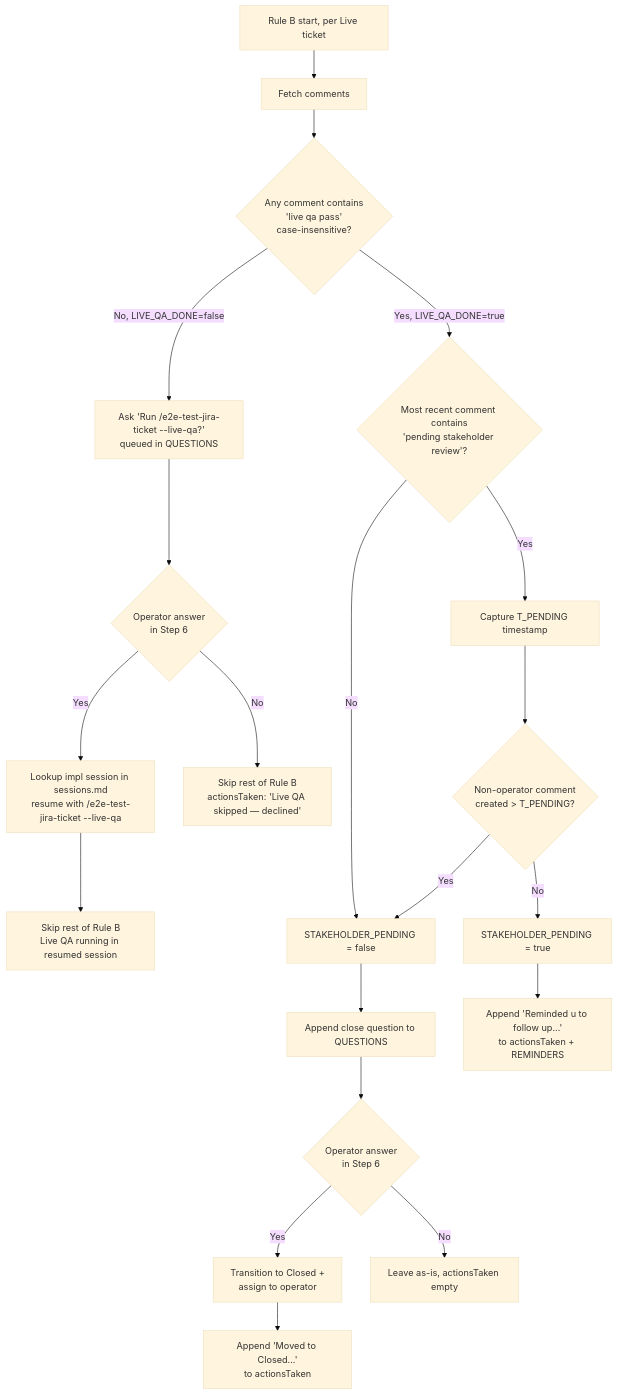
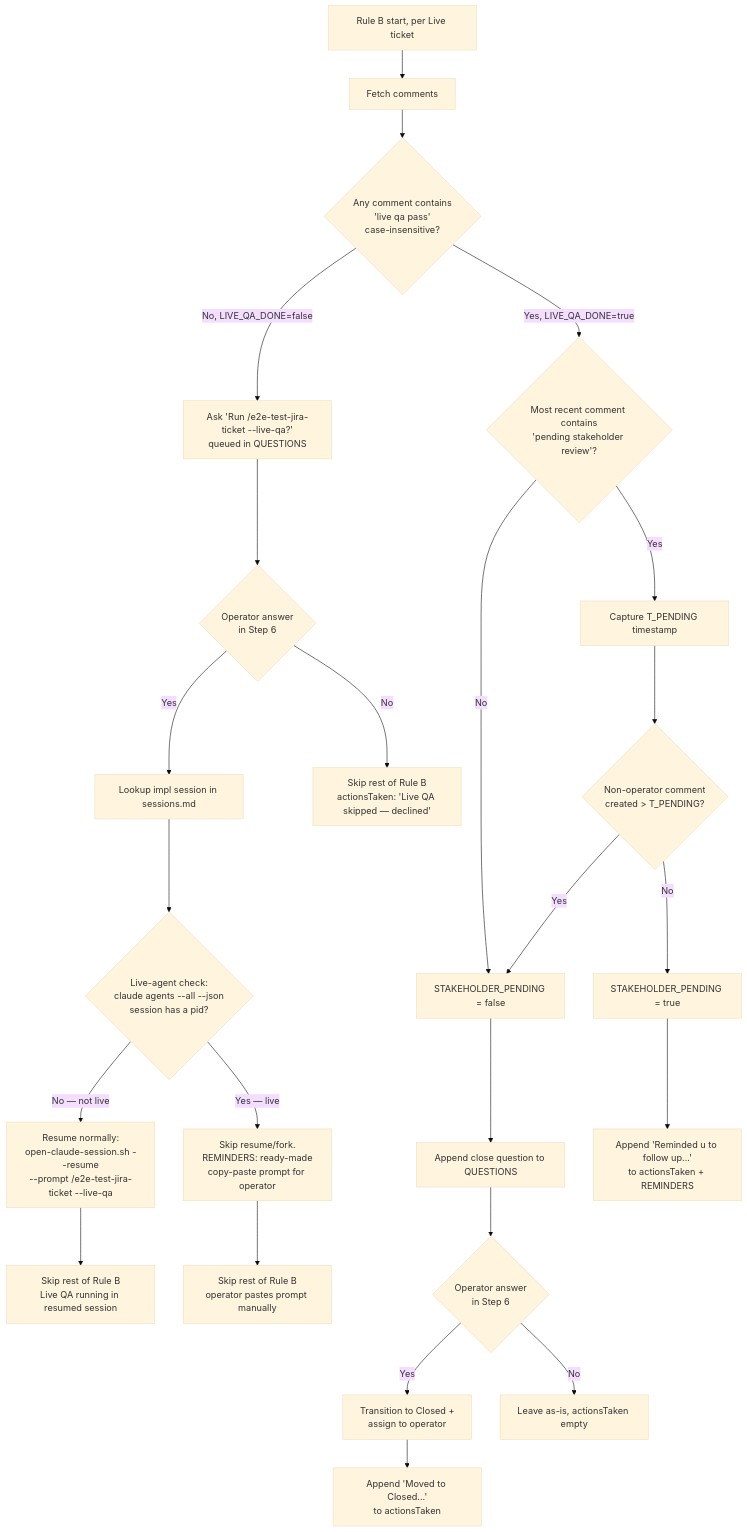
Before and after one commit to fabiano001/claude-config: the third of 7 diagrams in skills/jira-sprint-manager/SKILL.md, drawn with Mermaid (base theme). The commit also changed other lines of this file and 47 other files, not shown here.

````diff
--- a/skills/jira-sprint-manager/SKILL.md
+++ b/skills/jira-sprint-manager/SKILL.md
@@ -157,22 +213,26 @@
 ```mermaid
 flowchart TD
     A[Rule B start, per Live ticket] --> B[Fetch comments]
     B --> C{Any comment contains<br/>'live qa pass'<br/>case-insensitive?}
     C -->|No, LIVE_QA_DONE=false| D[Ask 'Run /e2e-test-jira-ticket --live-qa?'<br/>queued in QUESTIONS]
     D --> D1{Operator answer<br/>in Step 6}
-    D1 -->|Yes| D2[Lookup impl session in sessions.md<br/>resume with /e2e-test-jira-ticket --live-qa]
+    D1 -->|Yes| D2[Lookup impl session in sessions.md]
     D1 -->|No| D3[Skip rest of Rule B<br/>actionsTaken: 'Live QA skipped — declined']
-    D2 --> Z1[Skip rest of Rule B<br/>Live QA running in resumed session]
+    D2 --> D2a{Live-agent check:<br/>claude agents --all --json<br/>session has a pid?}
+    D2a -->|No — not live| D2b[Resume normally:<br/>open-claude-session.sh --resume<br/>--prompt /e2e-test-jira-ticket --live-qa]
+    D2a -->|Yes — live| D2c[Skip resume/fork.<br/>REMINDERS: ready-made<br/>copy-paste prompt for operator]
+    D2b --> Z1[Skip rest of Rule B<br/>Live QA running in resumed session]
+    D2c --> Z2[Skip rest of Rule B<br/>operator pastes prompt manually]
     C -->|Yes, LIVE_QA_DONE=true| E{Most recent comment contains<br/>'pending stakeholder review'?}
     E -->|No| K[STAKEHOLDER_PENDING = false]
     E -->|Yes| F[Capture T_PENDING timestamp]
     F --> G{Non-operator comment<br/>created > T_PENDING?}
     G -->|Yes| K
     G -->|No| H[STAKEHOLDER_PENDING = true]
     H --> I[Append 'Reminded u to follow up...'<br/>to actionsTaken + REMINDERS]
     K --> L[Append close question to QUESTIONS]
     L --> M{Operator answer<br/>in Step 6}
     M -->|Yes| N[Transition to Closed +<br/>assign to operator]
     M -->|No| O[Leave as-is, actionsTaken empty]
     N --> P[Append 'Moved to Closed...'<br/>to actionsTaken]
 ```
````
